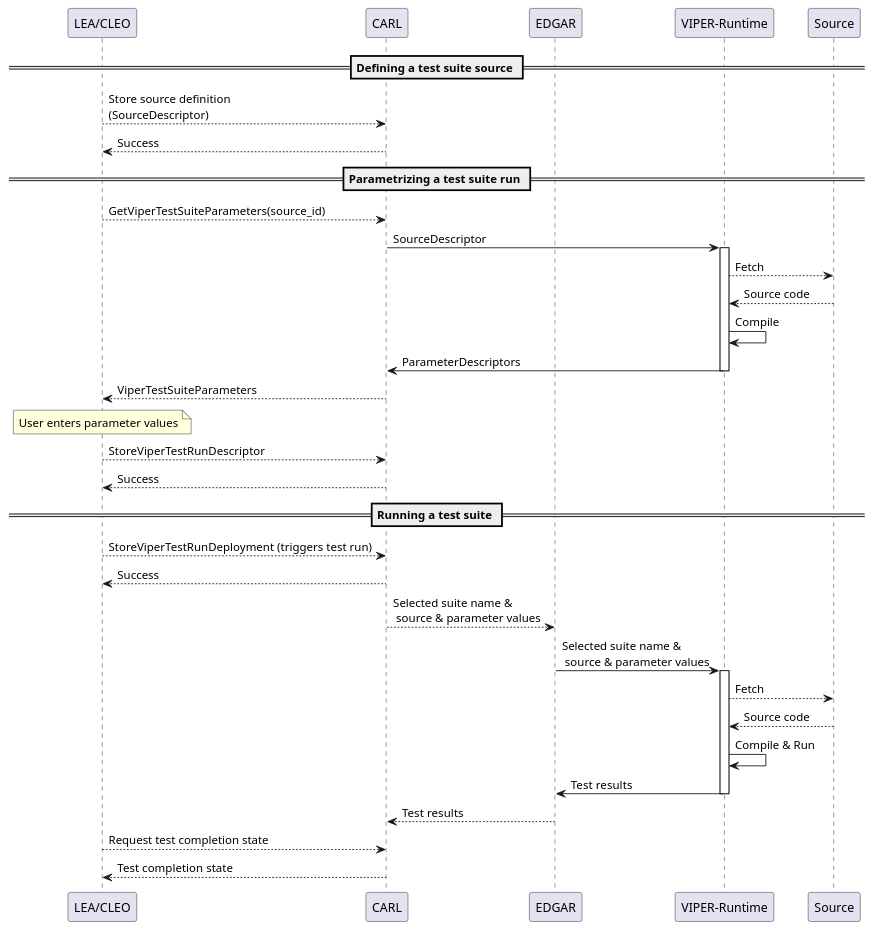
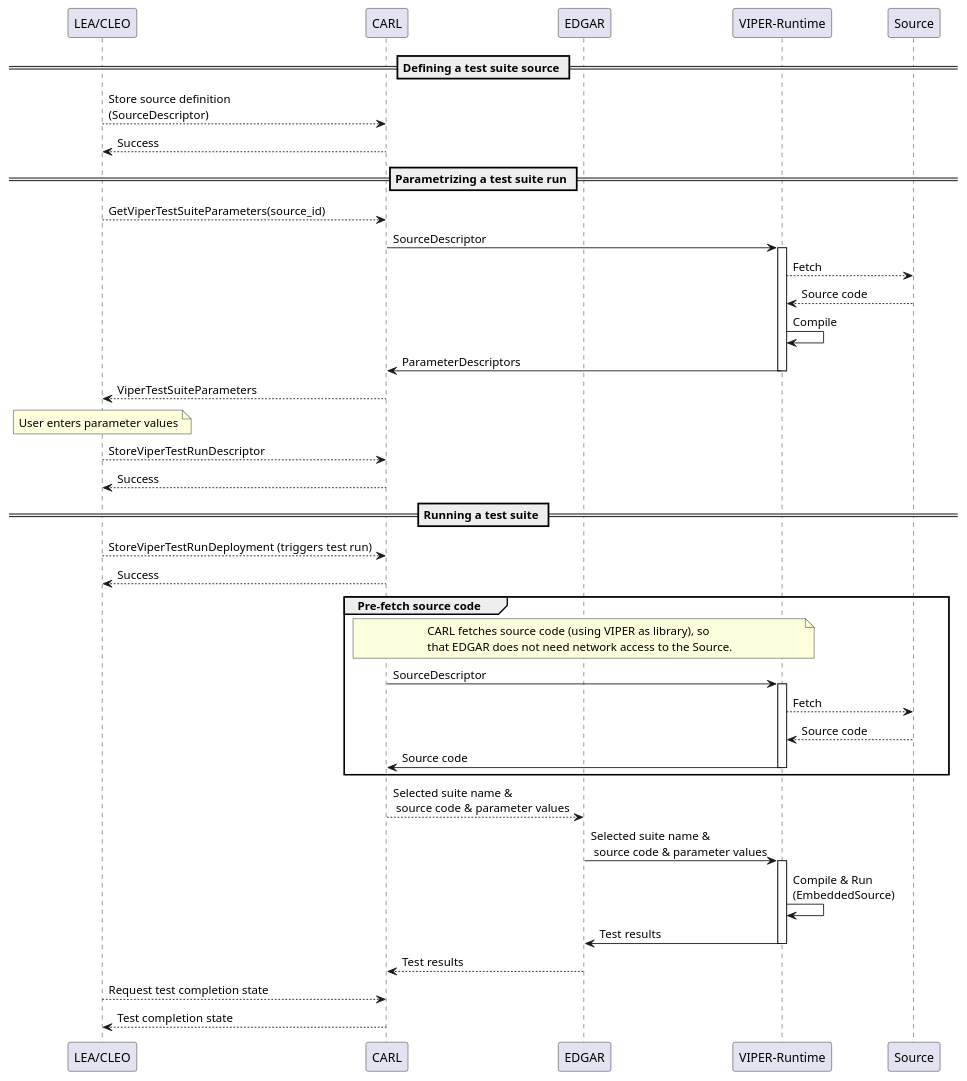
Before and after one commit to eclipse-opendut/opendut: the diagram in doc/src/architecture/viper/index.md, drawn with PlantUML.

Commit message:
Doc VIPER Architecture: CARL pre-fetches source code for EDGAR.

````diff
--- a/doc/src/architecture/viper/index.md
+++ b/doc/src/architecture/viper/index.md
@@ -118,53 +118,68 @@
 ```plantuml
 participant "LEA/CLEO" as UI
 participant CARL
 participant EDGAR
 participant "VIPER-Runtime" as VIPER
 participant Source
+
 
 == Defining a test suite source ==
 
 UI --> CARL: Store source definition\n(SourceDescriptor)
 UI <-- CARL: Success
 
 
 == Parametrizing a test suite run ==
 
 UI --> CARL: GetViperTestSuiteParameters(source_id)
 CARL -> VIPER: SourceDescriptor
 
 activate VIPER
 VIPER --> Source: Fetch
 VIPER <-- Source: Source code
 VIPER -> VIPER: Compile
 CARL <- VIPER: ParameterDescriptors
 deactivate VIPER
 
 UI <-- CARL: ViperTestSuiteParameters
 
 note over UI: User enters parameter values
 
 UI --> CARL: StoreViperTestRunDescriptor
 UI <-- CARL: Success
 
 
 == Running a test suite ==
+
 UI --> CARL: StoreViperTestRunDeployment (triggers test run)
 CARL --> UI: Success
 
-CARL --> EDGAR: Selected suite name & \n source & parameter values
 
-EDGAR -> VIPER: Selected suite name & \n source & parameter values
 
+group Pre-fetch source code
+
+note over CARL, VIPER: CARL fetches source code (using VIPER as library), so \nthat EDGAR does not need network access to the Source.
+CARL -> VIPER: SourceDescriptor
 activate VIPER
 VIPER --> Source: Fetch
 VIPER <-- Source: Source code
-VIPER -> VIPER: Compile & Run
+CARL <- VIPER: Source code
+deactivate VIPER
+
+end
+
+
+CARL --> EDGAR: Selected suite name & \n source code & parameter values
+
+EDGAR -> VIPER: Selected suite name & \n source code & parameter values
+
+activate VIPER
+VIPER -> VIPER: Compile & Run \n(EmbeddedSource)
 EDGAR <- VIPER: Test results
 deactivate VIPER
 
 CARL <-- EDGAR: Test results
 
 UI --> CARL: Request test completion state
 UI <-- CARL: Test completion state
 ```
````
